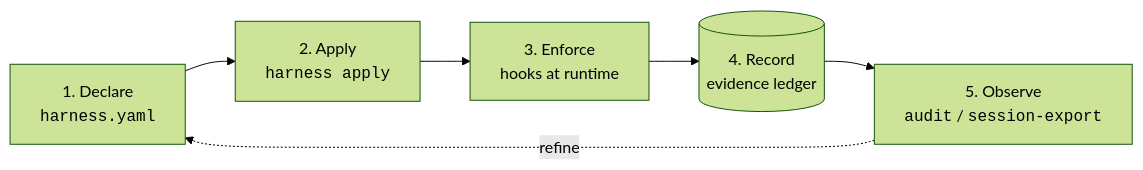
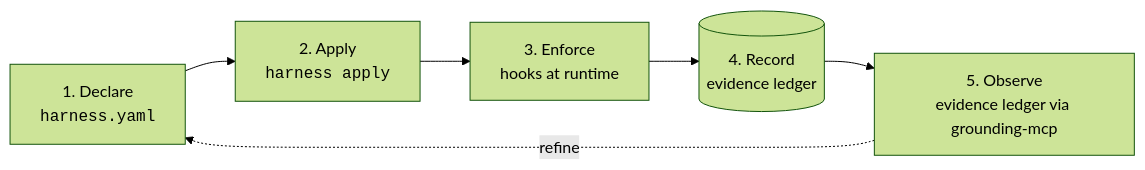
Before and after one commit to LanNguyenSi/harness: the first of 3 diagrams in docs/ARCHITECTURE.md, drawn with Mermaid (forest theme). The commit also changed other lines of this file and 5 other files, not shown here.

First line of the commit message:
docs: align README, ARCHITECTURE and CHANGELOG with the ledger removals (#740)

````diff
--- a/docs/ARCHITECTURE.md
+++ b/docs/ARCHITECTURE.md
@@ -18,14 +18,14 @@
 ```mermaid
 flowchart LR
     declare["1. Declare<br/><code>harness.yaml</code>"]
     apply["2. Apply<br/><code>harness apply</code>"]
     enforce["3. Enforce<br/>hooks at runtime"]
     record[("4. Record<br/>evidence ledger")]
-    observe["5. Observe<br/><code>audit</code> / <code>session-export</code>"]
+    observe["5. Observe<br/>evidence ledger via grounding-mcp"]
 
     declare --> apply
     apply --> enforce
     enforce --> record
     record --> observe
     observe -. refine .-> declare
 ```
````
